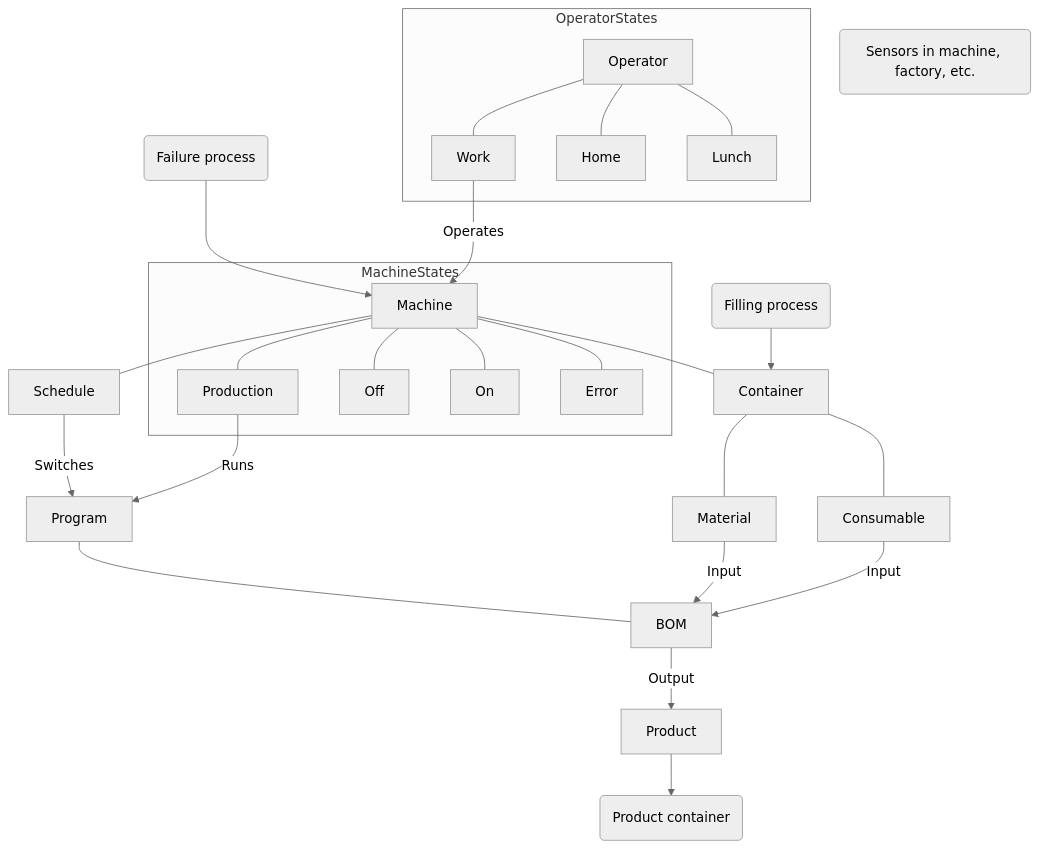
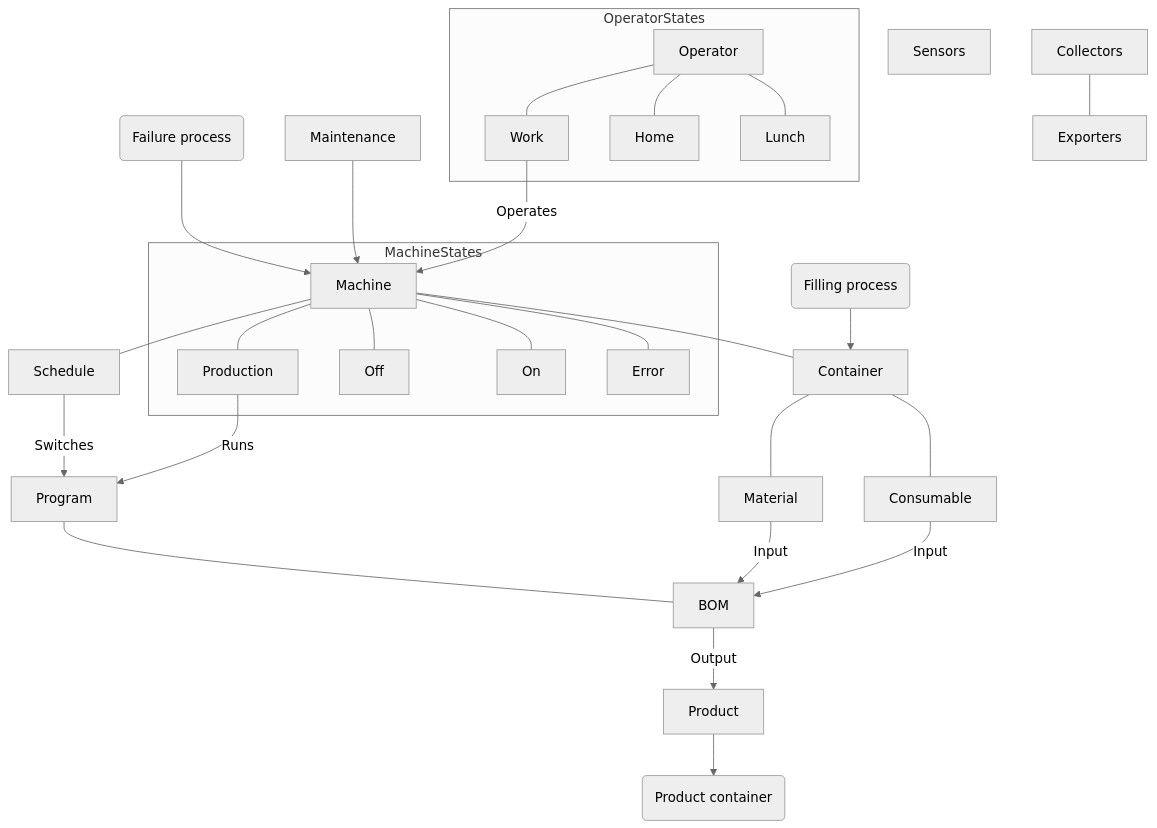
Before and after one commit to jmyrberg/factory-simulator: the diagram in README.md, drawn with Mermaid (neutral theme). The commit also changed other lines of this file and 28 other files, not shown here.

````diff
--- a/README.md
+++ b/README.md
@@ -7,29 +62,44 @@
 ```mermaid
   graph TD;
     Container---Material
     Container---Consumable
     Machine---Schedule
     Schedule-- Switches -->Program
     Machine---Container
-    Sensors(Sensors in machine, factory, etc.)
     FailureProcess(Failure process)-->Machine
     Filling(Filling process)-->Container
+    Maintenance-->Machine
     Program---BOM
     Production-- Runs -->Program
     Material-- Input -->BOM
     Consumable-- Input -->BOM
     BOM-- Output -->Product
     Product-->ProductContainer(Product container)
     Work-- Operates -->Machine
     subgraph MachineStates
       Machine---Off
       Machine---On
       Machine---Error
       Machine---Production
     end
     subgraph OperatorStates
       Operator---Home
       Operator---Work
       Operator---Lunch
     end
+    Sensors
+    Collectors---Exporters
+
+    click Machine "https://www.github.com/jmyrberg/factory-simulator/blob/master/src/simulator/machine.py"
+    click Container "https://www.github.com/jmyrberg/factory-simulator/blob/master/src/simulator/container.py"
+    click Consumable "https://www.github.com/jmyrberg/factory-simulator/blob/master/src/simulator/consumable.py"
+    click Material "https://www.github.com/jmyrberg/factory-simulator/blob/master/src/simulator/material.py"
+    click Product "https://www.github.com/jmyrberg/factory-simulator/blob/master/src/simulator/product.py"
+    click Schedule "https://www.github.com/jmyrberg/factory-simulator/blob/master/src/simulator/schedules.py"
+    click Program "https://www.github.com/jmyrberg/factory-simulator/blob/master/src/simulator/program.py"
+    click BOM "https://www.github.com/jmyrberg/factory-simulator/blob/master/src/simulator/bom.py"
+    click Operator "https://www.github.com/jmyrberg/factory-simulator/blob/master/src/simulator/operator.py"
+    click Sensors "https://www.github.com/jmyrberg/factory-simulator/blob/master/src/simulator/sensors.py"
+    click Exporters "https://www.github.com/jmyrberg/factory-simulator/blob/master/src/simulator/exporters.py"
+    click Filling "https://www.github.com/jmyrberg/factory-simulator/blob/master/src/simulator/actions.py"
 ```
````
